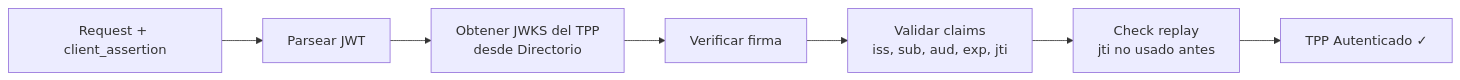
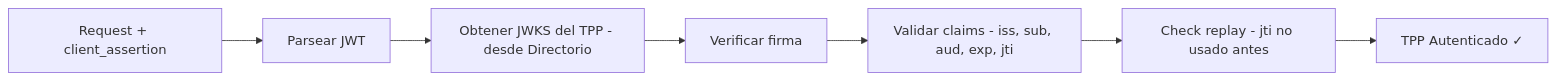
Before and after one commit to somospragma/integration-consent-manager: the third of 10 diagrams in docs/architecture/authorization-server-services.md, drawn with Mermaid. The commit also changed other lines of this file and 9 other files, not shown here.

Commit message:
fix: corregir diagramas Mermaid - quitar paréntesis y \n incompatibles con GitHub

````diff
--- a/docs/architecture/authorization-server-services.md
+++ b/docs/architecture/authorization-server-services.md
@@ -439,9 +439,9 @@
 ```mermaid
 graph LR
     REQ[Request + client_assertion] --> PARSE[Parsear JWT]
-    PARSE --> DIR[Obtener JWKS del TPP\ndesde Directorio]
+    PARSE --> DIR[Obtener JWKS del TPP - desde Directorio]
     DIR --> VERIFY[Verificar firma]
-    VERIFY --> CLAIMS[Validar claims\niss, sub, aud, exp, jti]
-    CLAIMS --> REPLAY[Check replay\njti no usado antes]
+    VERIFY --> CLAIMS[Validar claims - iss, sub, aud, exp, jti]
+    CLAIMS --> REPLAY[Check replay - jti no usado antes]
     REPLAY --> OK[TPP Autenticado ✓]
 ```
````
